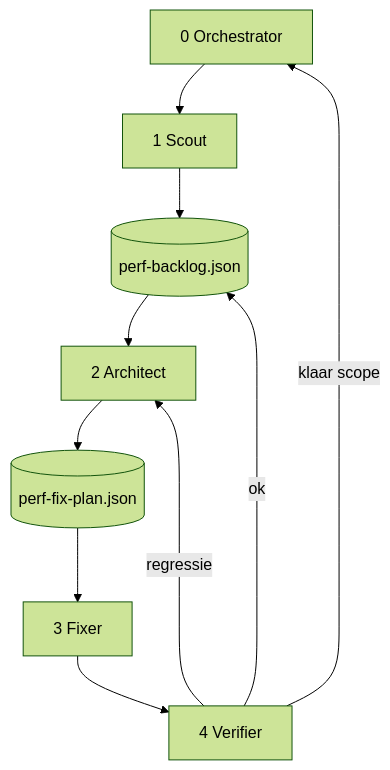
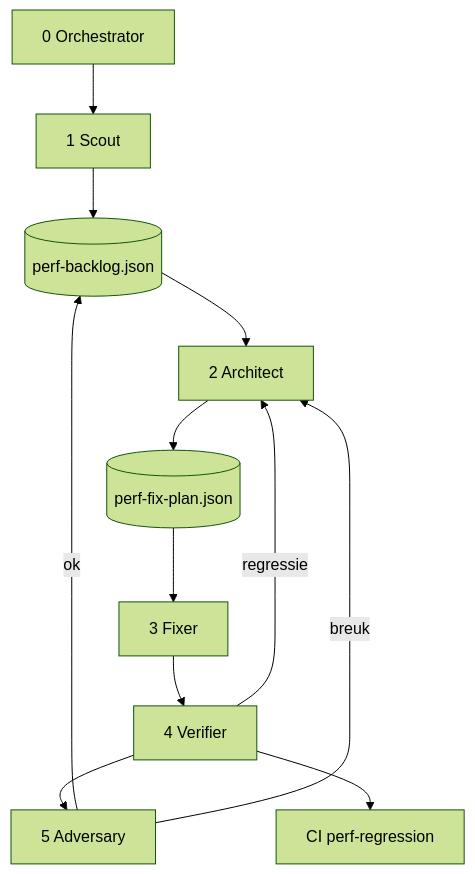
One commit to reyniervanbommel-commits/vanbommel-app-template changed the diagram in .cursor/plans/2026-07-20-autonome-perf-agent-pipeline.plan.md. Above: the diagram before and after it, drawn with Mermaid (forest theme). The commit also changed other lines of this file, not shown here.

Commit message:
docs: perf-agent plan v1.1 — UX primair, adversary, schaal-profielen

````diff
--- a/.cursor/plans/2026-07-20-autonome-perf-agent-pipeline.plan.md
+++ b/.cursor/plans/2026-07-20-autonome-perf-agent-pipeline.plan.md
@@ -118,12 +105,14 @@
 ```mermaid
 flowchart TB
   O[0 Orchestrator] --> S[1 Scout]
   S --> B[(perf-backlog.json)]
   B --> A[2 Architect]
   A --> P[(perf-fix-plan.json)]
   P --> F[3 Fixer]
   F --> V[4 Verifier]
-  V -->|ok| B
+  V --> ADV[5 Adversary]
+  ADV -->|ok| B
   V -->|regressie| A
-  V -->|klaar scope| O
+  ADV -->|breuk| A
+  V --> CI[CI perf-regression]
 ```
````
